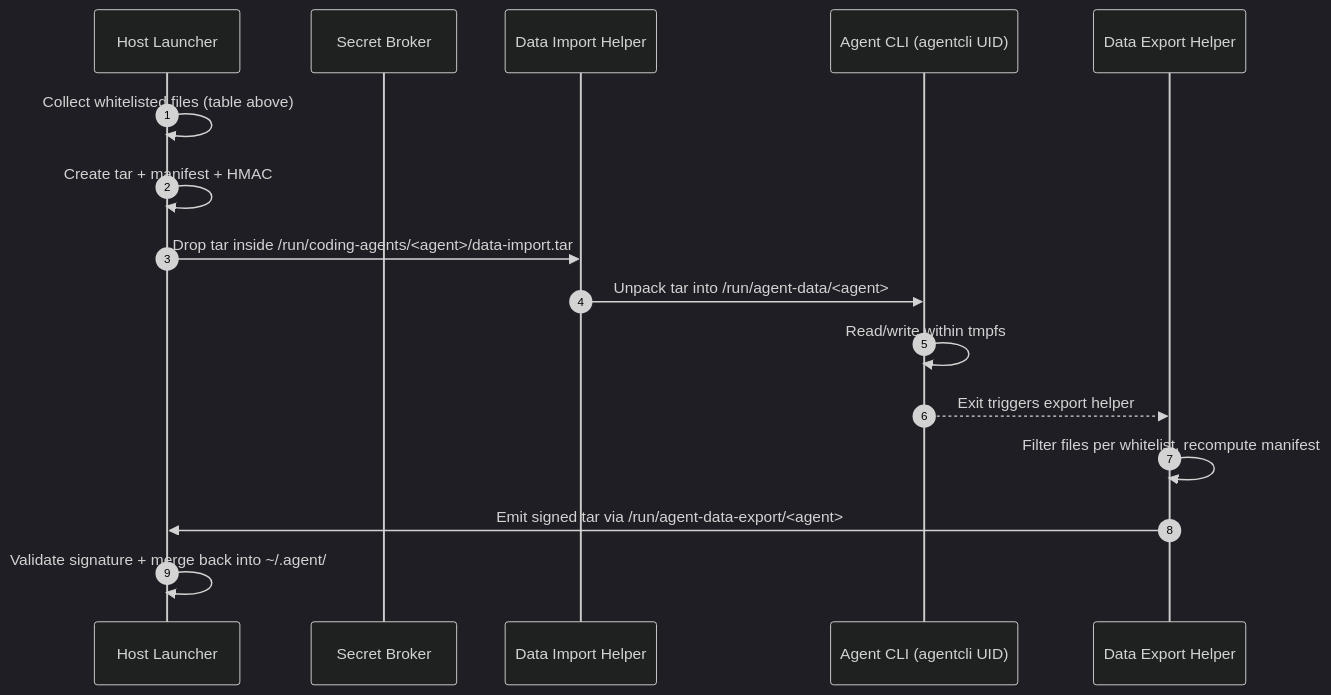
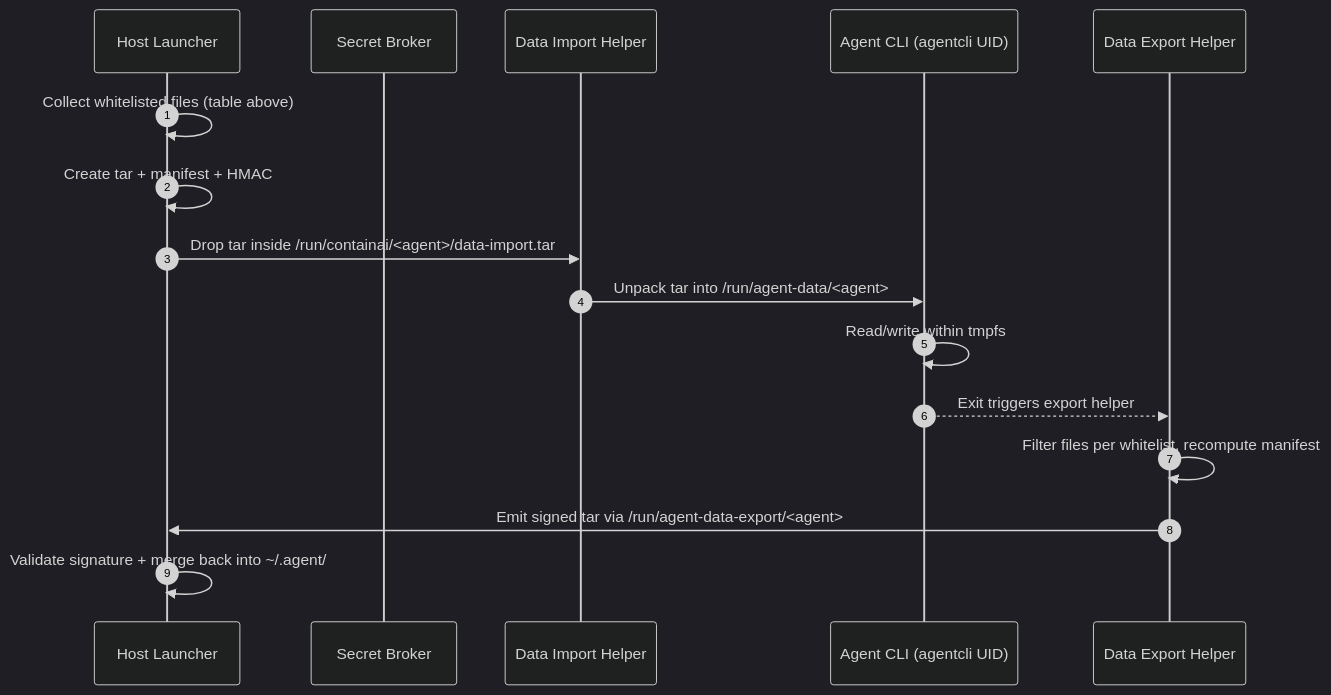
Before and after one commit to novotnyllc/ContainAI: the seventh of 7 diagrams in docs/secret-broker-architecture.md, drawn with Mermaid (dark theme). The commit also changed other lines of this file and 109 other files, not shown here.

````diff
--- a/docs/secret-broker-architecture.md
+++ b/docs/secret-broker-architecture.md
@@ -359,19 +359,19 @@
 ```mermaid
 sequenceDiagram
     autonumber
     participant Host as Host Launcher
     participant Broker as Secret Broker
     participant Import as Data Import Helper
     participant CLI as Agent CLI (agentcli UID)
     participant Export as Data Export Helper
 
     Host->>Host: Collect whitelisted files (table above)
     Host->>Host: Create tar + manifest + HMAC
-    Host->>Import: Drop tar inside /run/coding-agents/<agent>/data-import.tar
+    Host->>Import: Drop tar inside /run/containai/<agent>/data-import.tar
     Import->>CLI: Unpack tar into /run/agent-data/<agent>
     CLI->>CLI: Read/write within tmpfs
     CLI-->>Export: Exit triggers export helper
     Export->>Export: Filter files per whitelist, recompute manifest
     Export->>Host: Emit signed tar via /run/agent-data-export/<agent>
     Host->>Host: Validate signature + merge back into ~/.agent/
 ```
````
